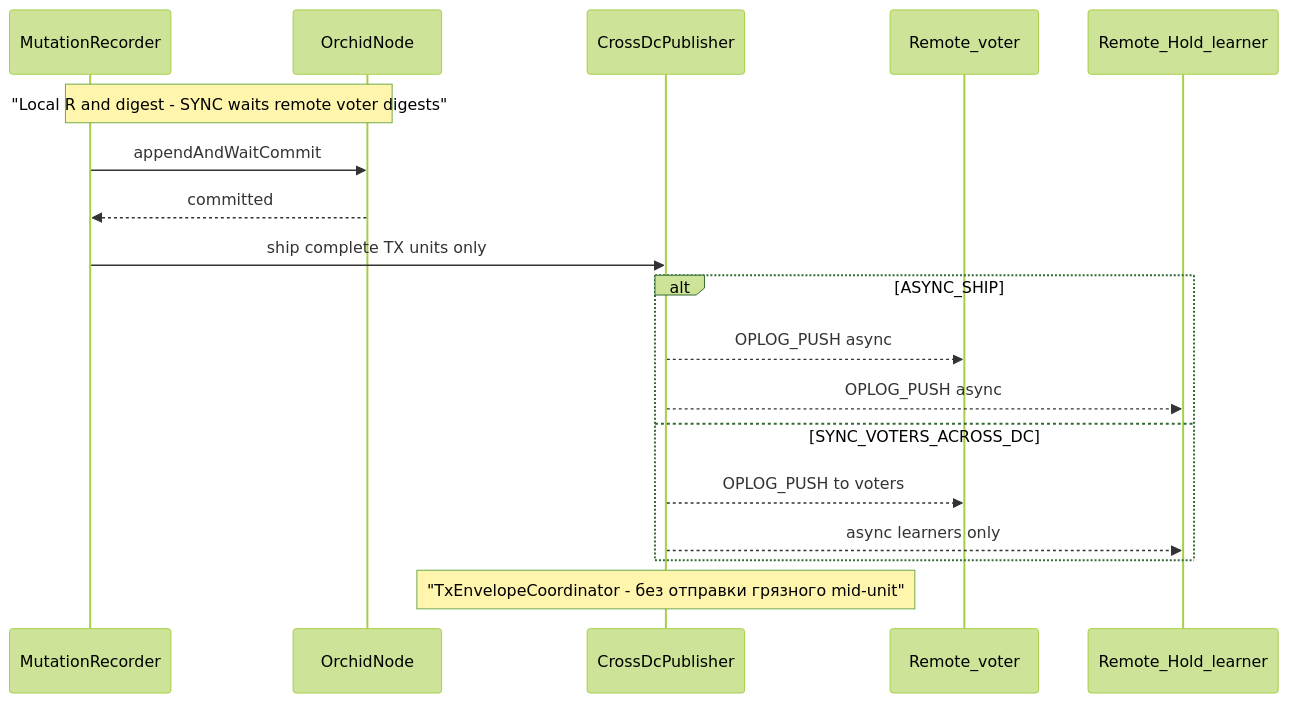
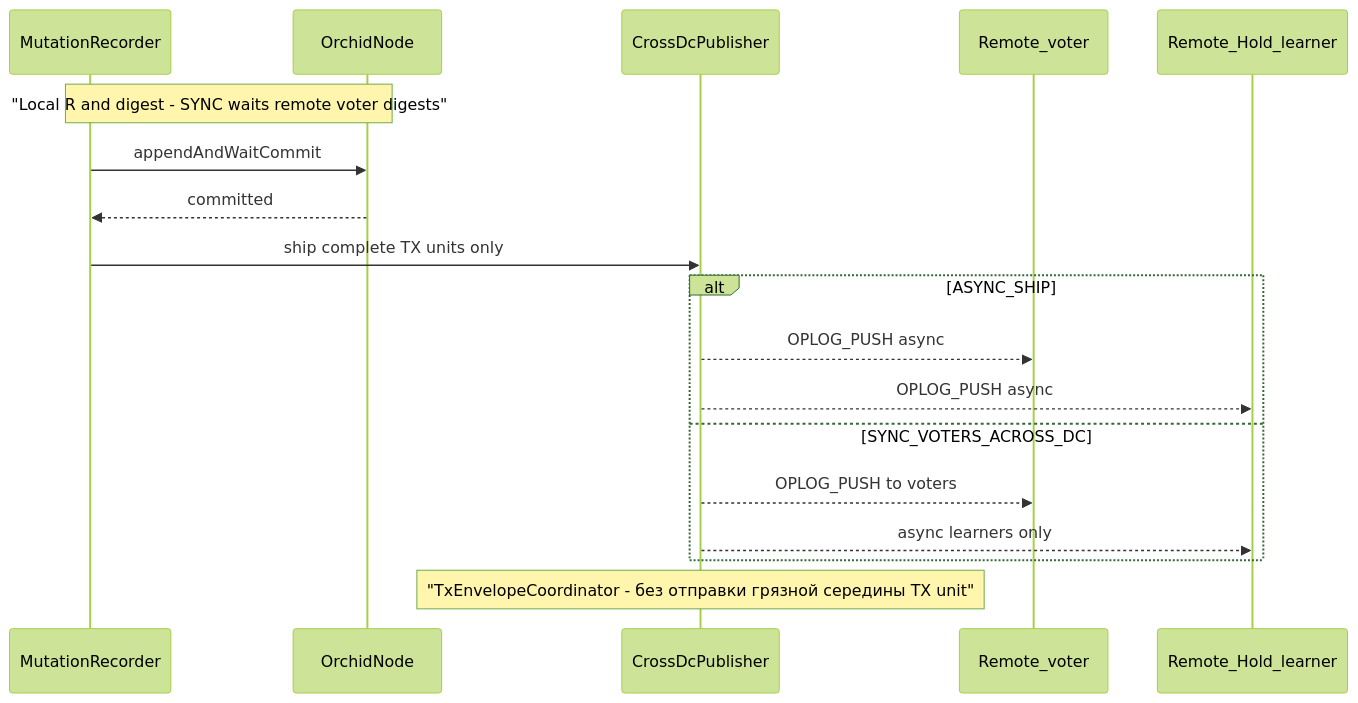
Before and after one commit to GenCloud/grid-sql: the fourth of 5 diagrams in docs/ru/configure-and-operate/operations/cluster-multidc-highload.md, drawn with Mermaid (forest theme). The commit also changed 77 other files, not shown here.

````diff
--- a/docs/ru/configure-and-operate/operations/cluster-multidc-highload.md
+++ b/docs/ru/configure-and-operate/operations/cluster-multidc-highload.md
@@ -146,20 +146,20 @@
 ```mermaid
 sequenceDiagram
   participant M as MutationRecorder
   participant O as OrchidNode
   participant X as CrossDcPublisher
   participant V as Remote_voter
   participant L as Remote_Hold_learner
   Note over M,O: "Local R and digest - SYNC waits remote voter digests"
   M->>O: appendAndWaitCommit
   O-->>M: committed
   M->>X: ship complete TX units only
   alt ASYNC_SHIP
     X-->>V: OPLOG_PUSH async
     X-->>L: OPLOG_PUSH async
   else SYNC_VOTERS_ACROSS_DC
     X-->>V: OPLOG_PUSH to voters
     X-->>L: async learners only
   end
-  Note over X: "TxEnvelopeCoordinator - без отправки грязного mid-unit"
+  Note over X: "TxEnvelopeCoordinator - без отправки грязной середины TX unit"
 ```
````
